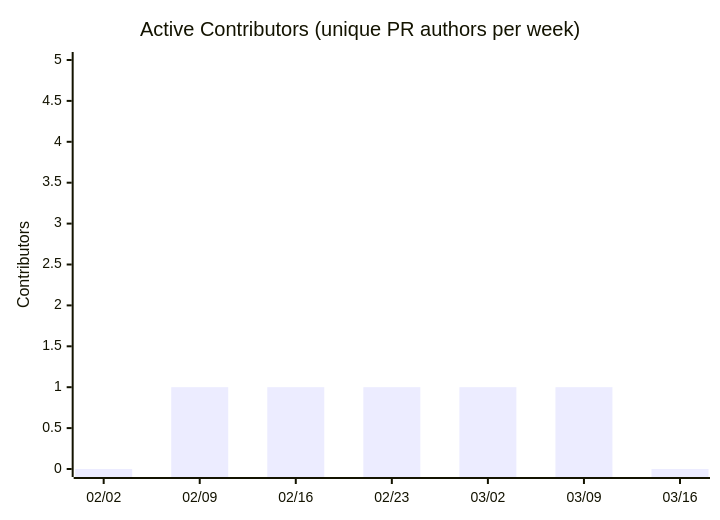
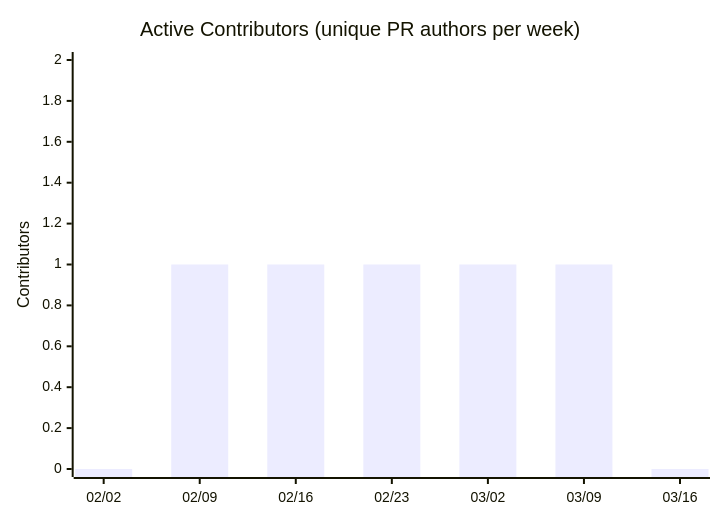
Before and after one commit to nablarch/nabledge-dev: the seventh of 14 diagrams in docs/metrics.md, drawn with Mermaid. The commit also changed other lines of this file, not shown here.

````diff
--- a/docs/metrics.md
+++ b/docs/metrics.md
@@ -97,7 +84,7 @@
 ```mermaid
 xychart-beta
   title "Active Contributors (unique PR authors per week)"
   x-axis ["02/02", "02/09", "02/16", "02/23", "03/02", "03/09", "03/16"]
-  y-axis "Contributors" 0 --> 5
+  y-axis "Contributors" 0 --> 2
   bar [0, 1, 1, 1, 1, 1, 0]
 ```
````
